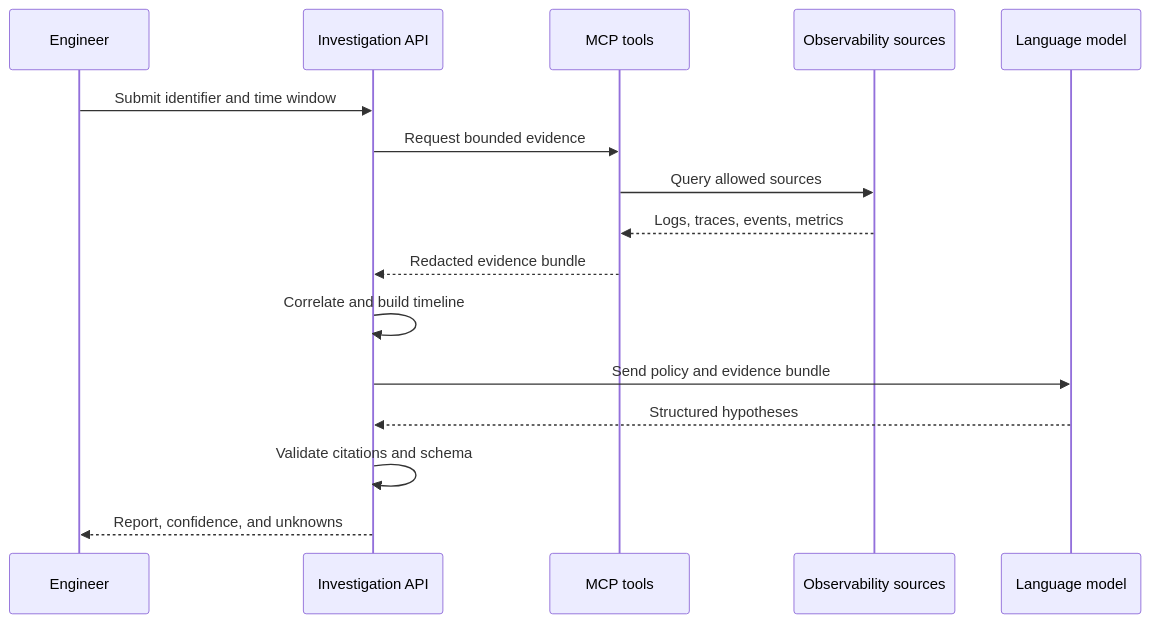
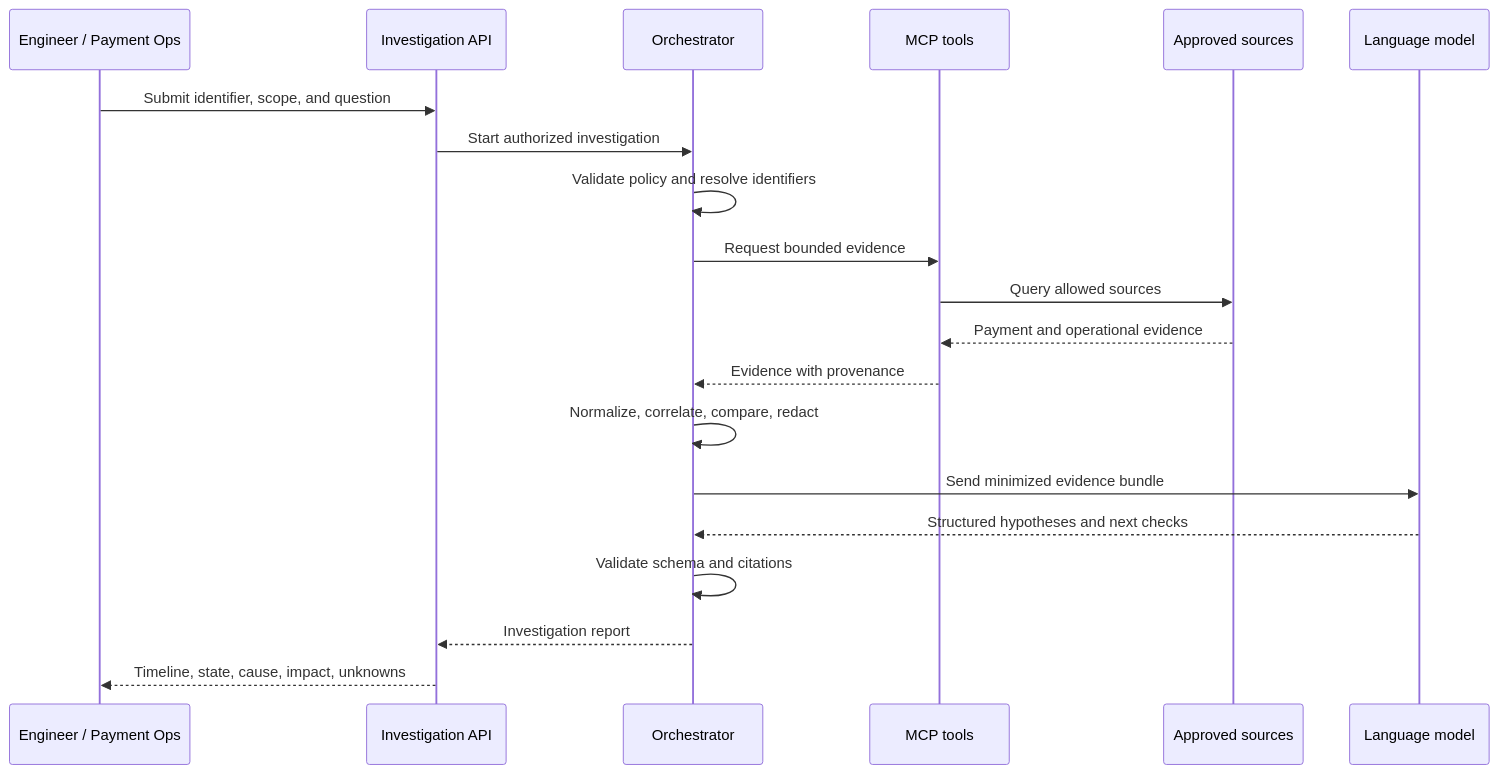
Before and after one commit to wisdom99/paylens-ops-ai: the diagram in docs/architecture.md, drawn with Mermaid. The commit also changed other lines of this file and 4 other files, not shown here.

First line of the commit message:
Reposition PayLens as an evidence-first payment investigation platform (#1)

````diff
--- a/docs/architecture.md
+++ b/docs/architecture.md
@@ -16,19 +18,23 @@
 ```mermaid
 sequenceDiagram
-    participant E as Engineer
+    participant U as Engineer / Payment Ops
     participant A as Investigation API
+    participant O as Orchestrator
     participant M as MCP tools
-    participant O as Observability sources
+    participant S as Approved sources
     participant L as Language model
 
-    E->>A: Submit identifier and time window
-    A->>M: Request bounded evidence
-    M->>O: Query allowed sources
-    O-->>M: Logs, traces, events, metrics
-    M-->>A: Redacted evidence bundle
-    A->>A: Correlate and build timeline
-    A->>L: Send policy and evidence bundle
-    L-->>A: Structured hypotheses
-    A->>A: Validate citations and schema
-    A-->>E: Report, confidence, and unknowns
+    U->>A: Submit identifier, scope, and question
+    A->>O: Start authorized investigation
+    O->>O: Validate policy and resolve identifiers
+    O->>M: Request bounded evidence
+    M->>S: Query allowed sources
+    S-->>M: Payment and operational evidence
+    M-->>O: Evidence with provenance
+    O->>O: Normalize, correlate, compare, redact
+    O->>L: Send minimized evidence bundle
+    L-->>O: Structured hypotheses and next checks
+    O->>O: Validate schema and citations
+    O-->>A: Investigation report
+    A-->>U: Timeline, state, cause, impact, unknowns
 ```
````
